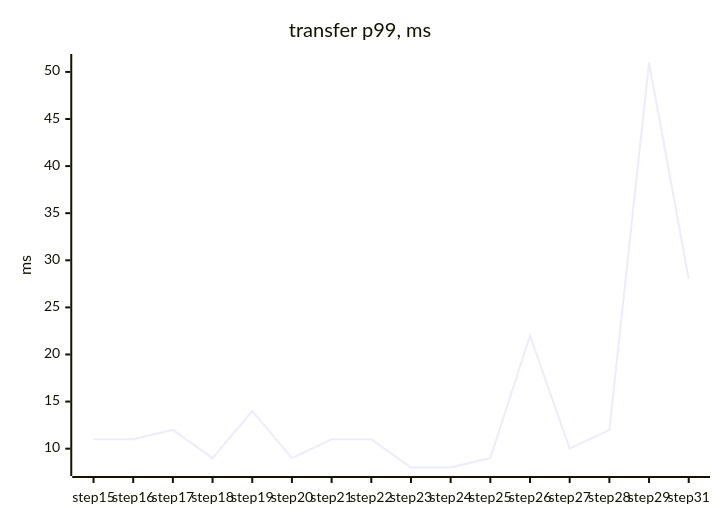
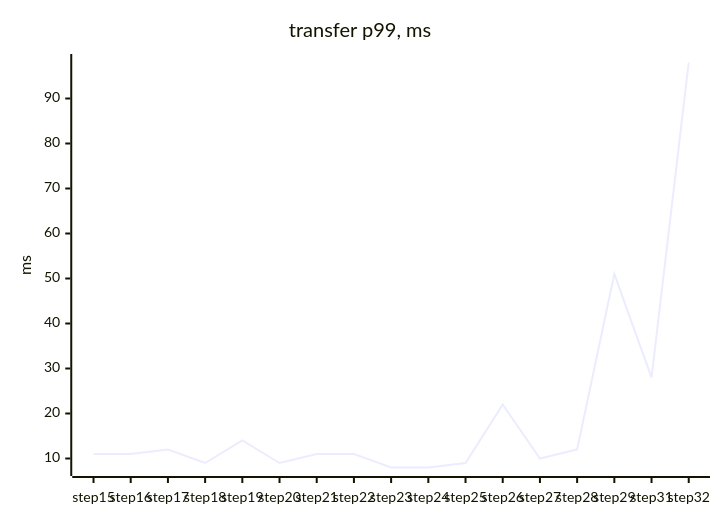
Before and after one commit to tanvoid0/ledgerflow: the first of 4 diagrams in docs/perf/README.md, drawn with Mermaid. The commit also changed other lines of this file and 5 other files, not shown here.

````diff
--- a/docs/perf/README.md
+++ b/docs/perf/README.md
@@ -33,7 +34,7 @@
 ```mermaid
 xychart-beta
     title "transfer p99, ms"
-    x-axis ["step15", "step16", "step17", "step18", "step19", "step20", "step21", "step22", "step23", "step24", "step25", "step26", "step27", "step28", "step29", "step31"]
+    x-axis ["step15", "step16", "step17", "step18", "step19", "step20", "step21", "step22", "step23", "step24", "step25", "step26", "step27", "step28", "step29", "step31", "step32"]
     y-axis "ms"
-    line [11, 11, 12, 9, 14, 9, 11, 11, 8, 8, 9, 22, 10, 12, 51, 28]
+    line [11, 11, 12, 9, 14, 9, 11, 11, 8, 8, 9, 22, 10, 12, 51, 28, 98]
 ```
````
